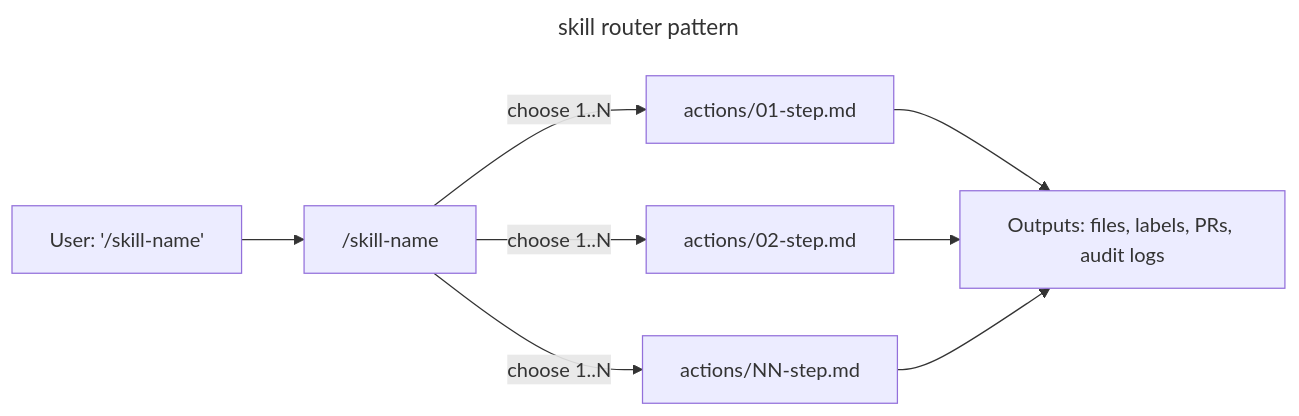
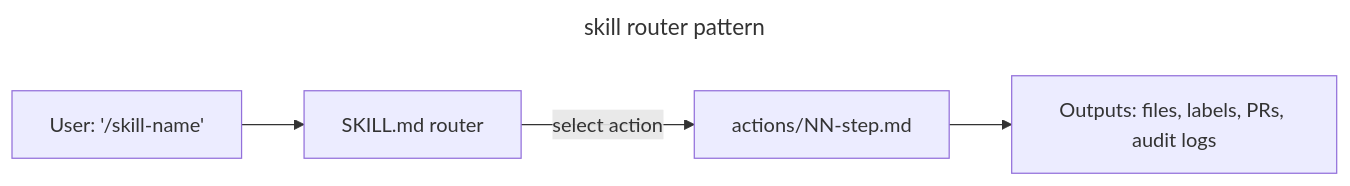
The second of 2 diagrams in docs/ARCHITECTURE.md (ai-driven-dev/framework), drawn with Mermaid before and after one commit. The commit also changed other lines of this file and 1 other file, not shown here.

First line of the commit message:
docs(framework): keep architecture focused on boundaries

````diff
--- a/docs/ARCHITECTURE.md
+++ b/docs/ARCHITECTURE.md
@@ -111,20 +100,9 @@
 ```mermaid
 ---
 title: skill router pattern
 ---
 flowchart LR
-  User["User: '/skill-name'"]
-  Skill["/skill-name"]
-  Action1["actions/01-step.md"]
-  Action2["actions/02-step.md"]
-  ActionN["actions/NN-step.md"]
-  Out["Outputs: files, labels, PRs, audit logs"]
-
-  User --> Skill
-  Skill -->|"choose 1..N"| Action1
-  Skill -->|"choose 1..N"| Action2
-  Skill -->|"choose 1..N"| ActionN
-  Action1 --> Out
-  Action2 --> Out
-  ActionN --> Out
+  User["User: '/skill-name'"] --> Skill["SKILL.md router"]
+  Skill -->|select action| Action["actions/NN-step.md"]
+  Action --> Out["Outputs: files, labels, PRs, audit logs"]
 ```
````
